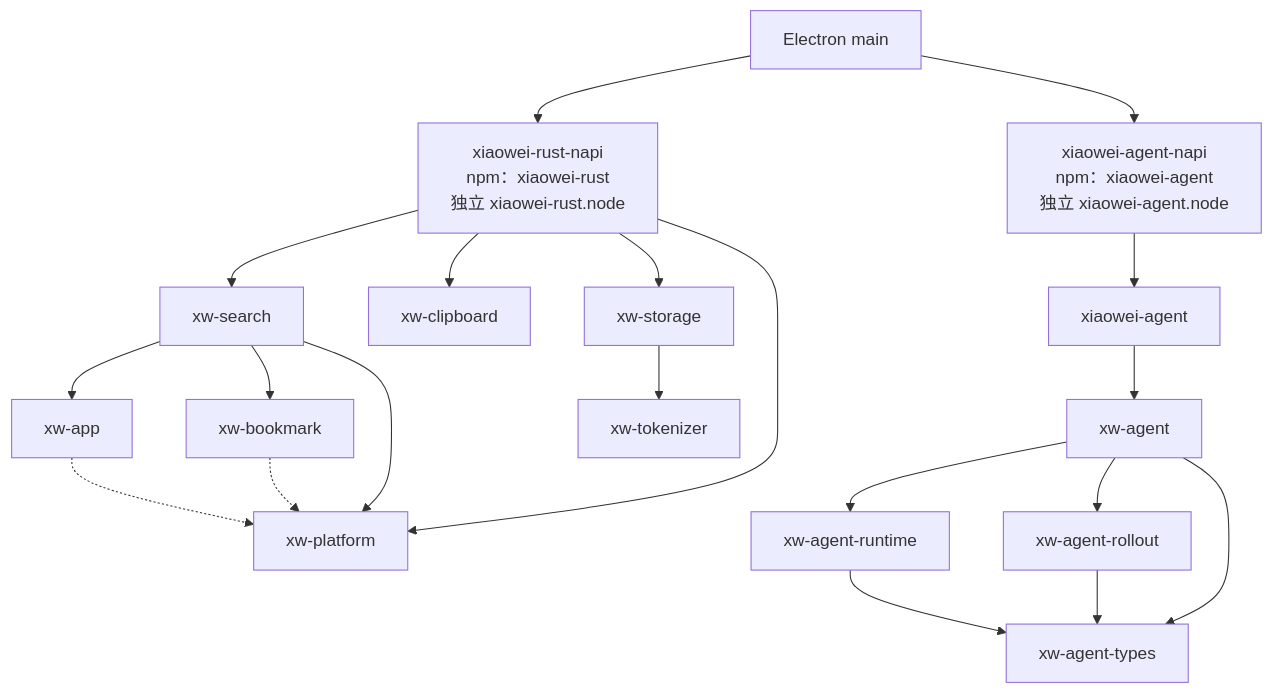
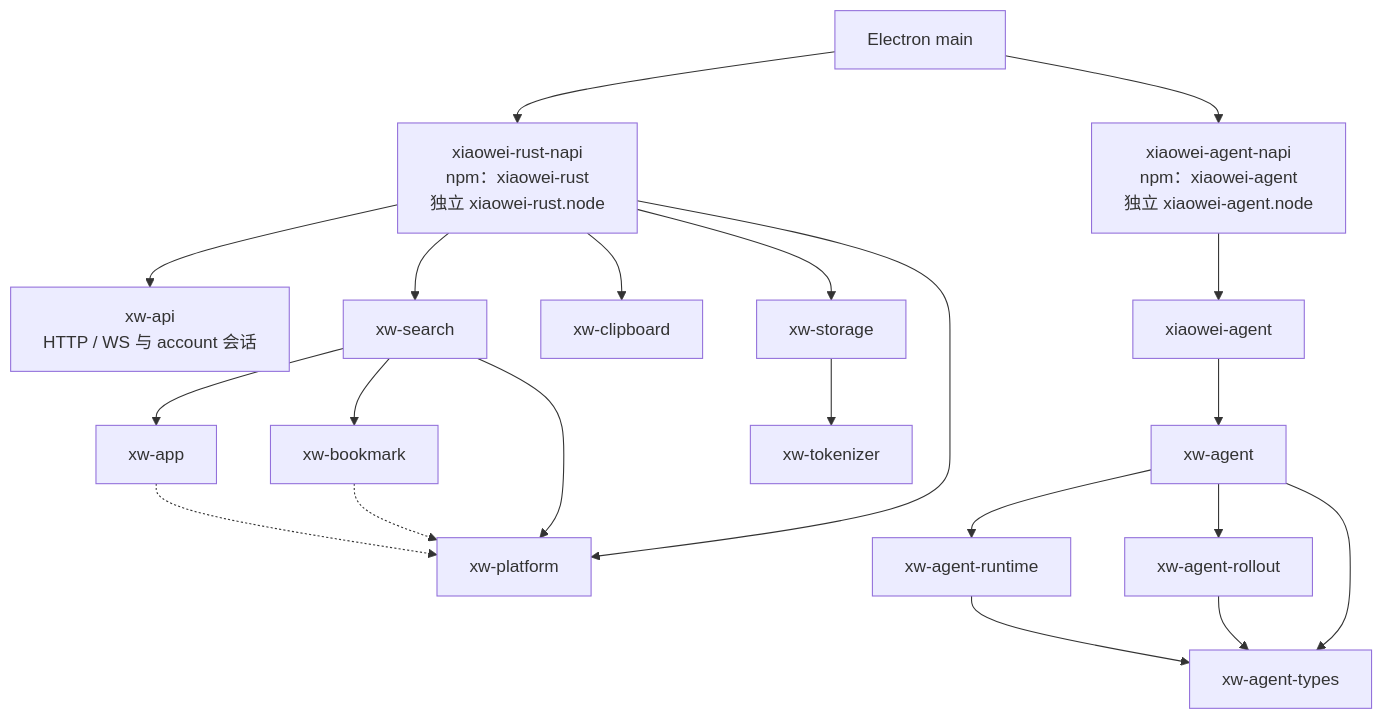
One commit to tctony-labs/xiaowei changed the diagram in docs/workspace.md. Above: the diagram before and after it, drawn with Mermaid. The commit also changed other lines of this file and 419 other files, not shown here.

````diff
--- a/docs/workspace.md
+++ b/docs/workspace.md
@@ -37,28 +37,29 @@
 ```mermaid
 flowchart TB
     Main["Electron main"]
     RustNapi["xiaowei-rust-napi<br/>npm：xiaowei-rust<br/>独立 xiaowei-rust.node"]
     AgentNapi["xiaowei-agent-napi<br/>npm：xiaowei-agent<br/>独立 xiaowei-agent.node"]
 
     Main --> RustNapi
     Main --> AgentNapi
+    RustNapi --> Api["xw-api<br/>HTTP / WS 与 account 会话"]
     RustNapi --> Search["xw-search"]
     RustNapi --> Clipboard["xw-clipboard"]
     RustNapi --> Storage["xw-storage"]
     RustNapi --> PlatformCore["xw-platform"]
     AgentNapi --> Agent["xiaowei-agent"]
 
     Search --> Apps["xw-app"]
     Search --> Bookmarks["xw-bookmark"]
     Search --> PlatformCore
     Storage --> Tokenizer["xw-tokenizer"]
     Agent --> AgentCore["xw-agent"]
     AgentCore --> Runtime["xw-agent-runtime"]
     AgentCore --> Rollout["xw-agent-rollout"]
     AgentCore --> Types["xw-agent-types"]
     Runtime --> Types
     Rollout --> Types
 
     Apps -.-> PlatformCore
     Bookmarks -.-> PlatformCore
 ```
````
